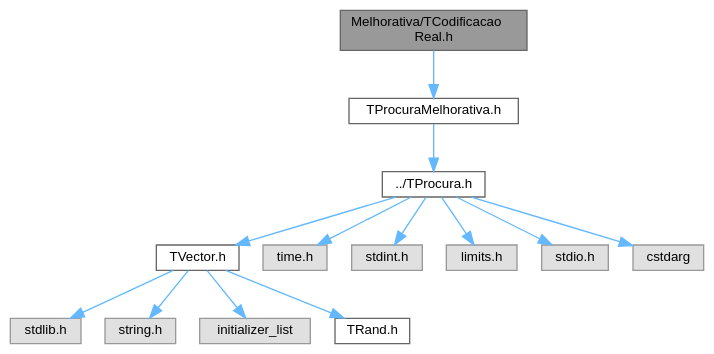
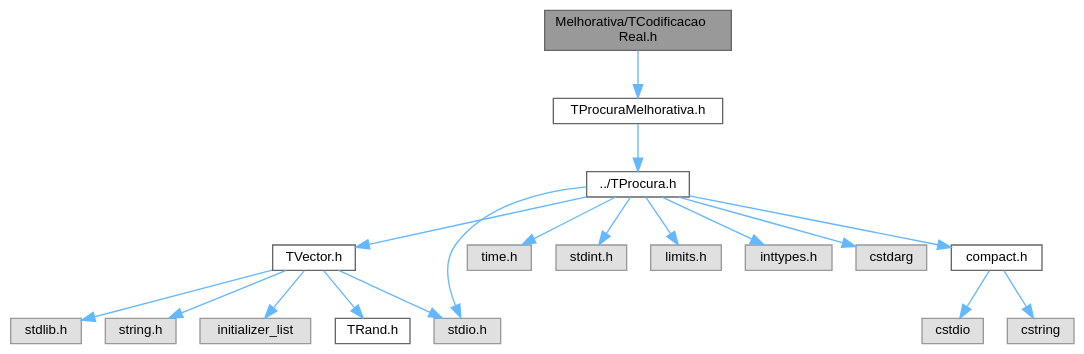
Before and after one commit to jcoelho72/TProcura: the diagram in TCodificacaoReal_8h__incl.dot, drawn with Graphviz. The commit also changed 416 other files, not shown here.

```diff
--- a/TCodificacaoReal_8h__incl.dot
+++ b/TCodificacaoReal_8h__incl.dot
@@ -1,32 +1,41 @@
 digraph "Melhorativa/TCodificacaoReal.h"
 {
  // LATEX_PDF_SIZE
   bgcolor="transparent";
   edge [fontname=Helvetica,fontsize=10,labelfontname=Helvetica,labelfontsize=10];
   node [fontname=Helvetica,fontsize=10,shape=box,height=0.2,width=0.4];
   Node1 [id="Node000001",label="Melhorativa/TCodificacao\lReal.h",height=0.2,width=0.4,color="gray40", fillcolor="grey60", style="filled", fontcolor="black",tooltip=" "];
-  Node1 -> Node2 [id="edge13_Node000001_Node000002",color="steelblue1",style="solid",tooltip=" "];
+  Node1 -> Node2 [id="edge18_Node000001_Node000002",color="steelblue1",style="solid",tooltip=" "];
   Node2 [id="Node000002",label="TProcuraMelhorativa.h",height=0.2,width=0.4,color="grey40", fillcolor="white", style="filled",URL="$TProcuraMelhorativa_8h.html",tooltip=" "];
-  Node2 -> Node3 [id="edge14_Node000002_Node000003",color="steelblue1",style="solid",tooltip=" "];
+  Node2 -> Node3 [id="edge19_Node000002_Node000003",color="steelblue1",style="solid",tooltip=" "];
   Node3 [id="Node000003",label="../TProcura.h",height=0.2,width=0.4,color="grey40", fillcolor="white", style="filled",URL="$TProcura_8h.html",tooltip=" "];
-  Node3 -> Node4 [id="edge15_Node000003_Node000004",color="steelblue1",style="solid",tooltip=" "];
+  Node3 -> Node4 [id="edge20_Node000003_Node000004",color="steelblue1",style="solid",tooltip=" "];
   Node4 [id="Node000004",label="TVector.h",height=0.2,width=0.4,color="grey40", fillcolor="white", style="filled",URL="$TVector_8h.html",tooltip="Vetor dinâmico genérico com operações de pilha, conjuntos e algoritmos úteis."];
-  Node4 -> Node5 [id="edge16_Node000004_Node000005",color="steelblue1",style="solid",tooltip=" "];
+  Node4 -> Node5 [id="edge21_Node000004_Node000005",color="steelblue1",style="solid",tooltip=" "];
   Node5 [id="Node000005",label="stdlib.h",height=0.2,width=0.4,color="grey60", fillcolor="#E0E0E0", style="filled",tooltip=" "];
-  Node4 -> Node6 [id="edge17_Node000004_Node000006",color="steelblue1",style="solid",tooltip=" "];
+  Node4 -> Node6 [id="edge22_Node000004_Node000006",color="steelblue1",style="solid",tooltip=" "];
   Node6 [id="Node000006",label="string.h",height=0.2,width=0.4,color="grey60", fillcolor="#E0E0E0", style="filled",tooltip=" "];
-  Node4 -> Node7 [id="edge18_Node000004_Node000007",color="steelblue1",style="solid",tooltip=" "];
-  Node7 [id="Node000007",label="initializer_list",height=0.2,width=0.4,color="grey60", fillcolor="#E0E0E0", style="filled",tooltip=" "];
-  Node4 -> Node8 [id="edge19_Node000004_Node000008",color="steelblue1",style="solid",tooltip=" "];
-  Node8 [id="Node000008",label="TRand.h",height=0.2,width=0.4,color="grey40", fillcolor="white", style="filled",URL="$TRand_8h.html",tooltip="Interface para geração de números aleatórios independentes do sistema operativo."];
-  Node3 -> Node9 [id="edge20_Node000003_Node000009",color="steelblue1",style="solid",tooltip=" "];
-  Node9 [id="Node000009",label="time.h",height=0.2,width=0.4,color="grey60", fillcolor="#E0E0E0", style="filled",tooltip=" "];
-  Node3 -> Node10 [id="edge21_Node000003_Node000010",color="steelblue1",style="solid",tooltip=" "];
-  Node10 [id="Node000010",label="stdint.h",height=0.2,width=0.4,color="grey60", fillcolor="#E0E0E0", style="filled",tooltip=" "];
-  Node3 -> Node11 [id="edge22_Node000003_Node000011",color="steelblue1",style="solid",tooltip=" "];
-  Node11 [id="Node000011",label="limits.h",height=0.2,width=0.4,color="grey60", fillcolor="#E0E0E0", style="filled",tooltip=" "];
-  Node3 -> Node12 [id="edge23_Node000003_Node000012",color="steelblue1",style="solid",tooltip=" "];
-  Node12 [id="Node000012",label="stdio.h",height=0.2,width=0.4,color="grey60", fillcolor="#E0E0E0", style="filled",tooltip=" "];
-  Node3 -> Node13 [id="edge24_Node000003_Node000013",color="steelblue1",style="solid",tooltip=" "];
-  Node13 [id="Node000013",label="cstdarg",height=0.2,width=0.4,color="grey60", fillcolor="#E0E0E0", style="filled",tooltip=" "];
+  Node4 -> Node7 [id="edge23_Node000004_Node000007",color="steelblue1",style="solid",tooltip=" "];
+  Node7 [id="Node000007",label="stdio.h",height=0.2,width=0.4,color="grey60", fillcolor="#E0E0E0", style="filled",tooltip=" "];
+  Node4 -> Node8 [id="edge24_Node000004_Node000008",color="steelblue1",style="solid",tooltip=" "];
+  Node8 [id="Node000008",label="initializer_list",height=0.2,width=0.4,color="grey60", fillcolor="#E0E0E0", style="filled",tooltip=" "];
+  Node4 -> Node9 [id="edge25_Node000004_Node000009",color="steelblue1",style="solid",tooltip=" "];
+  Node9 [id="Node000009",label="TRand.h",height=0.2,width=0.4,color="grey40", fillcolor="white", style="filled",URL="$TRand_8h.html",tooltip="Interface para geração de números aleatórios independentes do sistema operativo."];
+  Node3 -> Node10 [id="edge26_Node000003_Node000010",color="steelblue1",style="solid",tooltip=" "];
+  Node10 [id="Node000010",label="time.h",height=0.2,width=0.4,color="grey60", fillcolor="#E0E0E0", style="filled",tooltip=" "];
+  Node3 -> Node11 [id="edge27_Node000003_Node000011",color="steelblue1",style="solid",tooltip=" "];
+  Node11 [id="Node000011",label="stdint.h",height=0.2,width=0.4,color="grey60", fillcolor="#E0E0E0", style="filled",tooltip=" "];
+  Node3 -> Node12 [id="edge28_Node000003_Node000012",color="steelblue1",style="solid",tooltip=" "];
+  Node12 [id="Node000012",label="limits.h",height=0.2,width=0.4,color="grey60", fillcolor="#E0E0E0", style="filled",tooltip=" "];
+  Node3 -> Node7 [id="edge29_Node000003_Node000007",color="steelblue1",style="solid",tooltip=" "];
+  Node3 -> Node13 [id="edge30_Node000003_Node000013",color="steelblue1",style="solid",tooltip=" "];
+  Node13 [id="Node000013",label="inttypes.h",height=0.2,width=0.4,color="grey60", fillcolor="#E0E0E0", style="filled",tooltip=" "];
+  Node3 -> Node14 [id="edge31_Node000003_Node000014",color="steelblue1",style="solid",tooltip=" "];
+  Node14 [id="Node000014",label="cstdarg",height=0.2,width=0.4,color="grey60", fillcolor="#E0E0E0", style="filled",tooltip=" "];
+  Node3 -> Node15 [id="edge32_Node000003_Node000015",color="steelblue1",style="solid",tooltip=" "];
+  Node15 [id="Node000015",label="compact.h",height=0.2,width=0.4,color="grey40", fillcolor="white", style="filled",URL="$compact_8h.html",tooltip=" "];
+  Node15 -> Node16 [id="edge33_Node000015_Node000016",color="steelblue1",style="solid",tooltip=" "];
+  Node16 [id="Node000016",label="cstdio",height=0.2,width=0.4,color="grey60", fillcolor="#E0E0E0", style="filled",tooltip=" "];
+  Node15 -> Node17 [id="edge34_Node000015_Node000017",color="steelblue1",style="solid",tooltip=" "];
+  Node17 [id="Node000017",label="cstring",height=0.2,width=0.4,color="grey60", fillcolor="#E0E0E0", style="filled",tooltip=" "];
 }
```
